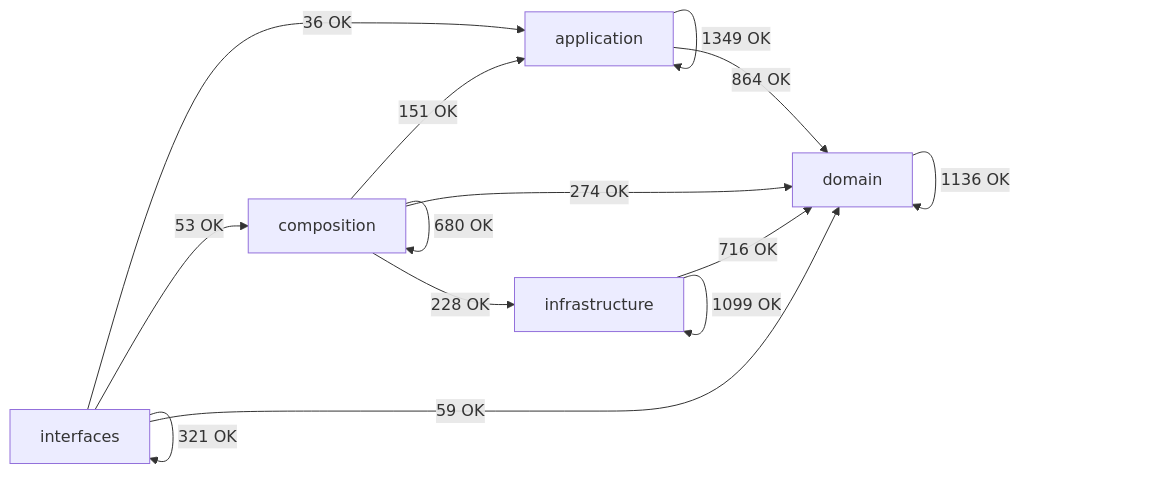
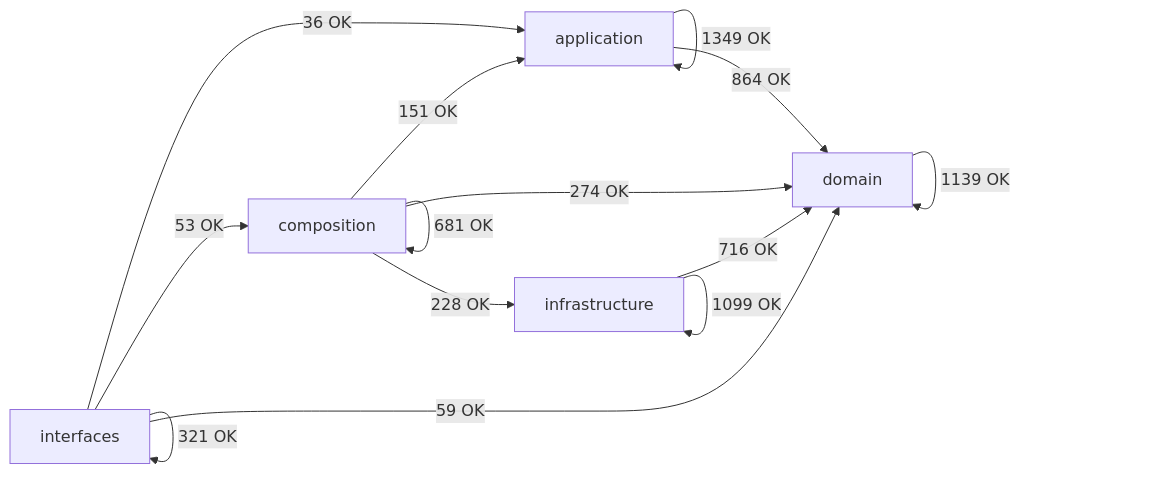
One commit to SatoryKono/BioactivityDataAcquisition changed the diagram in docs/02-architecture/generated/module-dependency-map.md. Above: the diagram before and after it, drawn with Mermaid. The commit also changed other lines of this file and 38 other files, not shown here.

Commit message:
docs(diagrams): generate chembl activity dataflow

````diff
--- a/docs/02-architecture/generated/module-dependency-map.md
+++ b/docs/02-architecture/generated/module-dependency-map.md
@@ -17,21 +17,21 @@
 ```mermaid
 flowchart LR
     domain[domain]
     application[application]
     infrastructure[infrastructure]
     composition[composition]
     interfaces[interfaces]
     application -->|1349 OK| application
     application -->|864 OK| domain
     composition -->|151 OK| application
-    composition -->|680 OK| composition
+    composition -->|681 OK| composition
     composition -->|274 OK| domain
     composition -->|228 OK| infrastructure
-    domain -->|1136 OK| domain
+    domain -->|1139 OK| domain
     infrastructure -->|716 OK| domain
     infrastructure -->|1099 OK| infrastructure
     interfaces -->|36 OK| application
     interfaces -->|53 OK| composition
     interfaces -->|59 OK| domain
     interfaces -->|321 OK| interfaces
 ```
````
